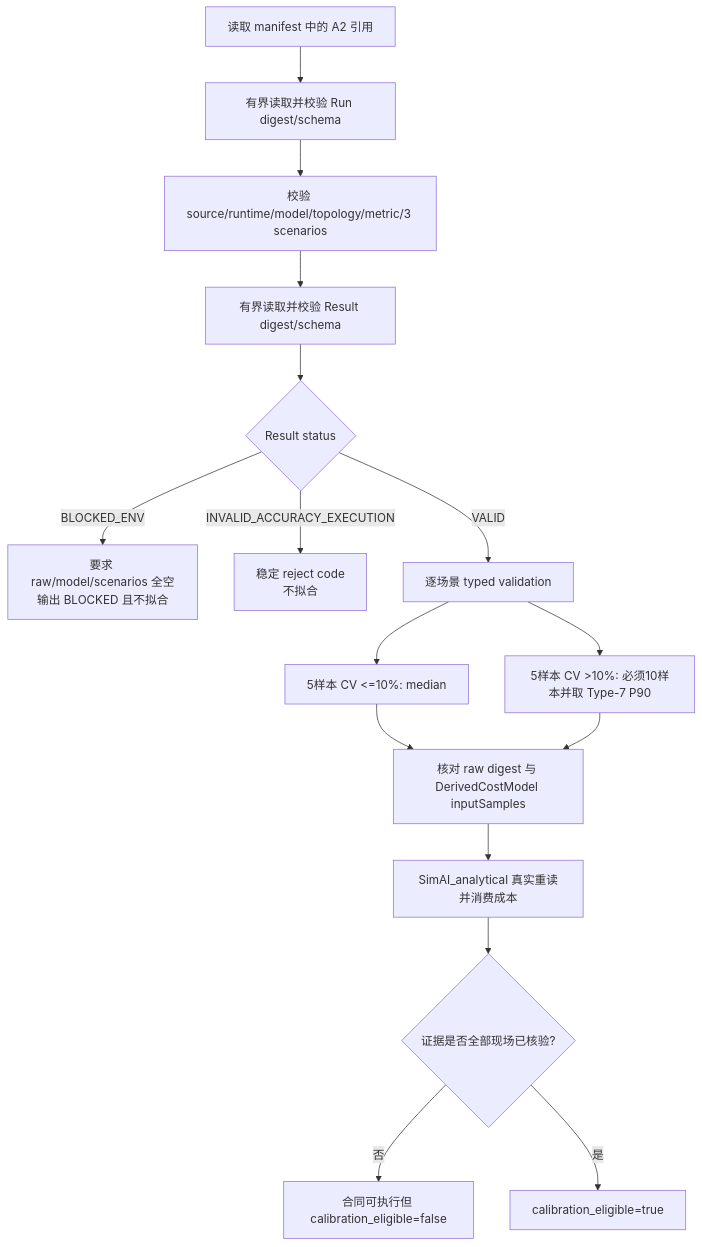
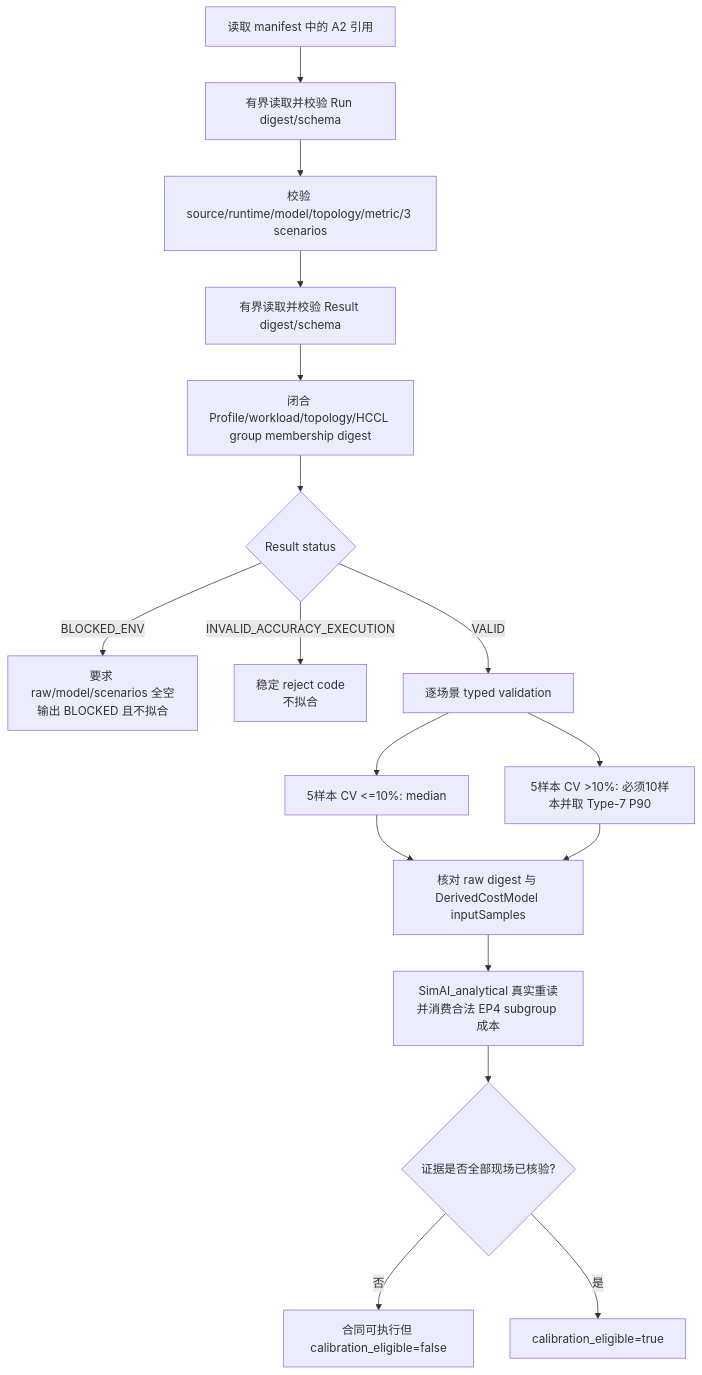
One commit to Kirrito-k423/SimAI-Ascend changed the second of 2 diagrams in docs/design/issue-21-design.md. Above: the diagram before and after it, drawn with Mermaid. The commit also changed other lines of this file and 16 other files, not shown here.

````diff
--- a/docs/design/issue-21-design.md
+++ b/docs/design/issue-21-design.md
@@ -82,18 +95,19 @@
 ```mermaid
 flowchart TD
   A[读取 manifest 中的 A2 引用] --> B[有界读取并校验 Run digest/schema]
   B --> C[校验 source/runtime/model/topology/metric/3 scenarios]
   C --> D[有界读取并校验 Result digest/schema]
-  D --> E{Result status}
+  D --> D1[闭合 Profile/workload/topology/HCCL group membership digest]
+  D1 --> E{Result status}
   E -->|BLOCKED_ENV| F[要求 raw/model/scenarios 全空<br/>输出 BLOCKED 且不拟合]
   E -->|INVALID_ACCURACY_EXECUTION| G[稳定 reject code<br/>不拟合]
   E -->|VALID| H[逐场景 typed validation]
   H --> I[5样本 CV <=10%: median]
   H --> J[5样本 CV >10%: 必须10样本并取 Type-7 P90]
   I --> K[核对 raw digest 与 DerivedCostModel inputSamples]
   J --> K
-  K --> L[SimAI_analytical 真实重读并消费成本]
+  K --> L[SimAI_analytical 真实重读并消费合法 EP4 subgroup 成本]
   L --> M{证据是否全部现场已核验?}
   M -->|否| N[合同可执行但 calibration_eligible=false]
   M -->|是| O[calibration_eligible=true]
 ```
````
